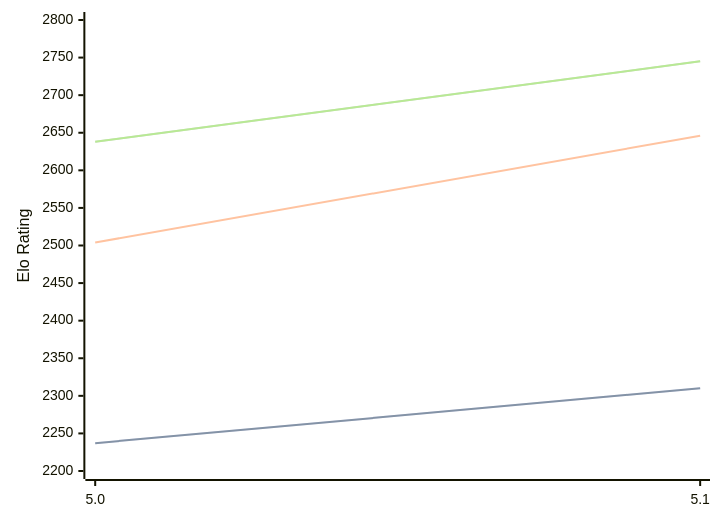
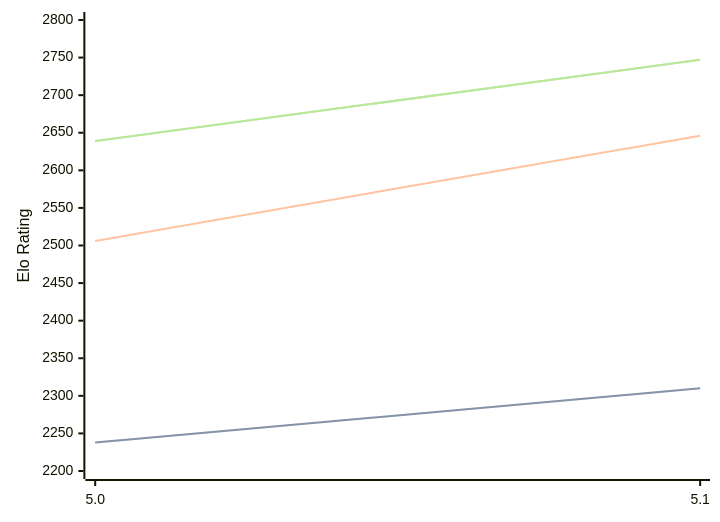
The diagram in engines/Dorky.md (computer-chess-index/cci), drawn with Mermaid before and after one commit. The commit also changed other lines of this file, not shown here.

Commit message:
Update CCI Ratings (ELO VLTC) - 2026-08-29

````diff
--- a/engines/Dorky.md
+++ b/engines/Dorky.md
@@ -32,11 +32,11 @@
 ```mermaid
 %%{init: {"theme":"base","themeVariables":{"seriesColors:['#a3a3a3','#222221','#faa371']}}}%%
 xychart-beta
   x-axis ["5.0", "5.1"]
   y-axis "Elo Rating" 2200 --> 2800
-  line "" [2237, 2310]
-  line "STC (8.0+0.08s)" [2237, 2310]
-  line "LTC (60.0+0.60s)" [2504, 2646]
-  line "" [2638, 2745]
-  line "VLTC (2m24s+1.12s)" [2638, 2745]
+  line "" [2238, 2310]
+  line "STC (8.0+0.08s)" [2238, 2310]
+  line "LTC (60.0+0.60s)" [2506, 2646]
+  line "" [2639, 2747]
+  line "VLTC (2m24s+1.12s)" [2639, 2747]
 ```
````
